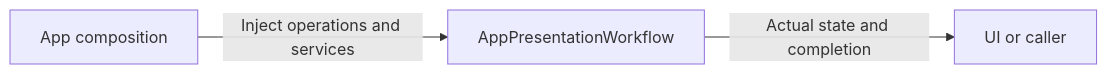
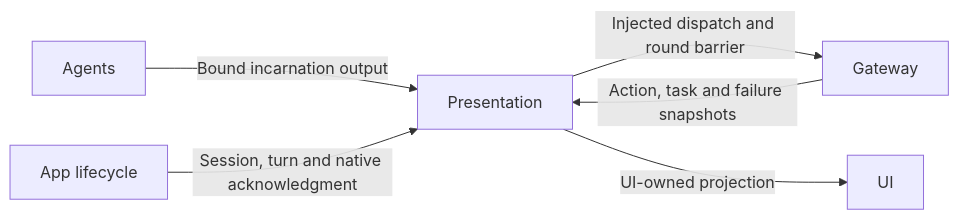
The diagram in MobileHarness/App/Workflows/Presentation/README.md (devilyouwei/MobileHarness), drawn with Mermaid before and after one commit. The commit also changed other lines of this file and 116 other files, not shown here.

````diff
--- a/MobileHarness/App/Workflows/Presentation/README.md
+++ b/MobileHarness/App/Workflows/Presentation/README.md
@@ -7,5 +15,8 @@
 ```mermaid
 flowchart LR
-    Root[App composition] -->|Inject operations and services| Workflow[AppPresentationWorkflow]
-    Workflow -->|Actual state and completion| Consumer[UI or caller]
+ Agents -->|Bound incarnation output| Presentation
+ Presentation -->|Injected dispatch and round barrier| Gateway
+ Gateway -->|Action, task and failure snapshots| Presentation
+ Lifecycle[App lifecycle] -->|Session, turn and native acknowledgment| Presentation
+ Presentation -->|UI-owned projection| UI
 ```
````
